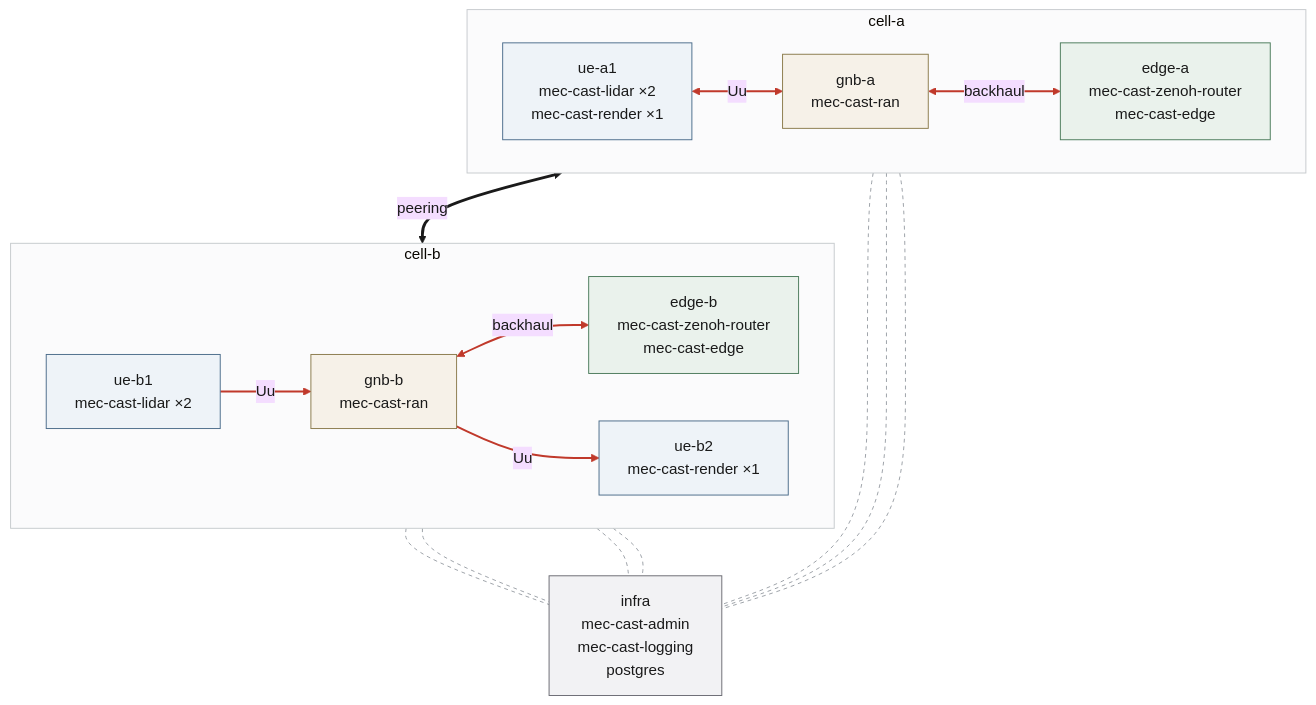
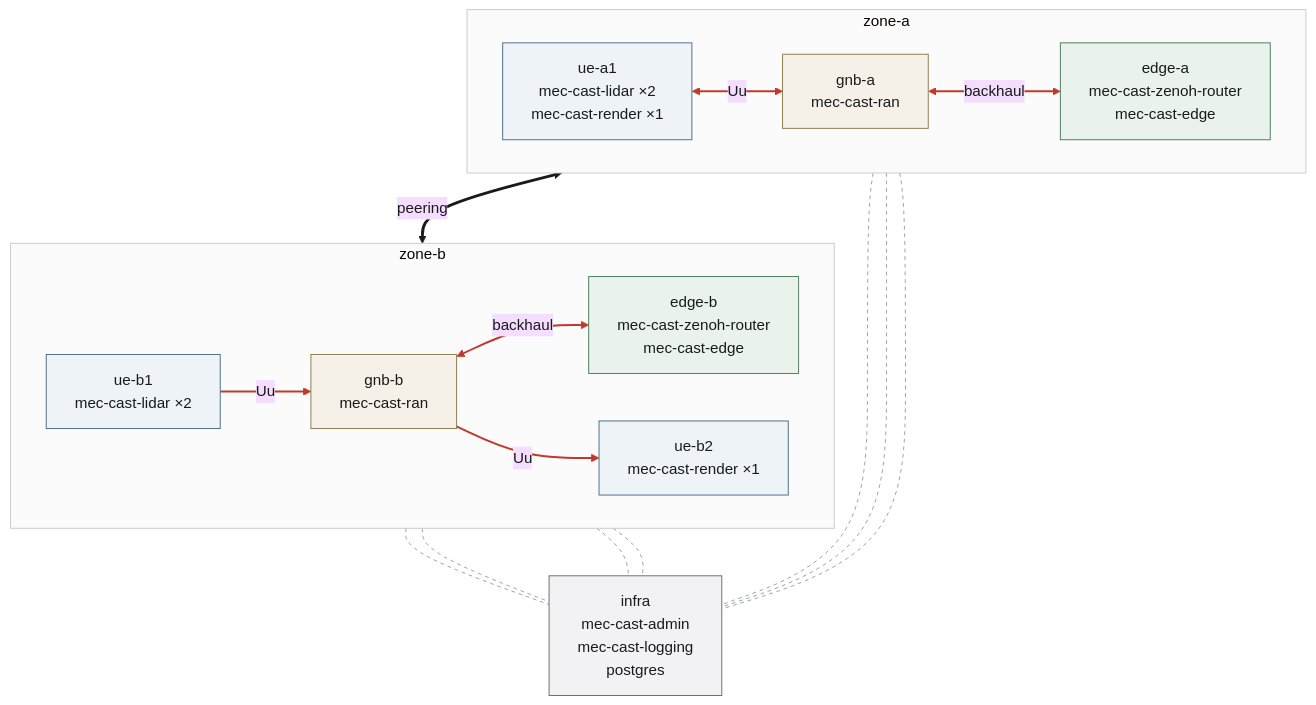
One commit to morosev/mec-cast changed the diagram in docs/diagrams/mec-cast-nodes.mmd. Above: the diagram before and after it, drawn with Mermaid. The commit also changed 52 other files, not shown here.

First line of the commit message:
A group of UEs, a gNB and an edge was called a cell, which it is not

```diff
--- a/docs/diagrams/mec-cast-nodes.mmd
+++ b/docs/diagrams/mec-cast-nodes.mmd
@@ -1,69 +1,69 @@
 %% mec-cast — node topology under the extended model.
 %% . A bare `%%` line is a parse error here; keep content on every one.
 %% . Three planes, and naming them is what keeps the design honest:
 %% .   data    (red)     point clouds and results: UE -> gNB -> Edge, plus
-%% .                     Edge -> Edge for anything crossing cells.
+%% .                     Edge -> Edge for anything crossing zones.
 %% .   peering (black)   Zenoh router<->router sessions. Transport plumbing
 %% .                     carrying routing declarations, NOT application
-%% .                     control. One link per edge pair: cross-cell data
+%% .                     control. One link per edge pair: cross-zone data
 %% .                     rides over that same peering session.
 %% .   control (dashed)  admin WebSocket :8099. Every node, one authority.
-%% . cell-a keeps lidar and render on one UE; cell-b splits them. That
+%% . zone-a keeps lidar and render on one UE; zone-b splits them. That
 %% . contrast is deliberate: ADR-0009's round-trip e2e_ns is PTP-free only
 %% . while both stamps come off one host's clock, so ue-b2 is exactly the
 %% . case WF_RENDER_CROSS_HOST exists to catch.
 %%{init: {"theme":"base","themeVariables":{
   "background":"#FFFFFF","primaryTextColor":"#1A1A1A","lineColor":"#5A6167",
   "clusterBkg":"#FBFBFC","clusterBorder":"#C6CACD",
   "fontFamily":"Arial"}} }%%
-%% . TB at the top level so the cells stack and the edge<->edge peering is a
-%% . short vertical link between them; LR inside each cell so the data path
+%% . TB at the top level so the zones stack and the edge<->edge peering is a
+%% . short vertical link between them; LR inside each zone so the data path
 %% . reads left to right. Under a top-level LR the peering link becomes a
-%% . diagonal across the whole picture and the cells stagger.
+%% . diagonal across the whole picture and the zones stagger.
 flowchart TB
   classDef ue    fill:#EEF3F8,stroke:#4A6B8A,stroke-width:1px,color:#1A1A1A
   classDef gnb   fill:#F6F1E8,stroke:#8A7A4A,stroke-width:1px,color:#1A1A1A
   classDef edge  fill:#EAF2EC,stroke:#4A7A5A,stroke-width:1px,color:#1A1A1A
   classDef infra fill:#F2F2F4,stroke:#6A6A72,stroke-width:1px,color:#1A1A1A
 
-  subgraph CELL_A["cell-a"]
+  subgraph ZONE_A["zone-a"]
     direction LR
     UEA["ue-a1<br/>mec-cast-lidar ×2<br/>mec-cast-render ×1"]
     GA["gnb-a<br/>mec-cast-ran"]
     EA["edge-a<br/>mec-cast-zenoh-router<br/>mec-cast-edge"]
   end
 
-  subgraph CELL_B["cell-b"]
+  subgraph ZONE_B["zone-b"]
     direction LR
     UEB1["ue-b1<br/>mec-cast-lidar ×2"]
     GB["gnb-b<br/>mec-cast-ran"]
     EB["edge-b<br/>mec-cast-zenoh-router<br/>mec-cast-edge"]
     UEB2["ue-b2<br/>mec-cast-render ×1"]
   end
 
   INF["infra<br/>mec-cast-admin<br/>mec-cast-logging<br/>postgres"]
 
   UEA  <-->|Uu| GA
   GA   <-->|backhaul| EA
   UEB1 -->|Uu| GB
   GB   <-->|backhaul| EB
   GB   -->|Uu| UEB2
 
   EA <==>|peering| EB
 
   UEA  -.- INF
   GA   -.- INF
   EA   -.- INF
   UEB1 -.- INF
   GB   -.- INF
   EB   -.- INF
   UEB2 -.- INF
 
   class UEA,UEB1,UEB2 ue
   class GA,GB gnb
   class EA,EB edge
   class INF infra
 
   linkStyle 0,1,2,3,4 stroke:#C0392B,stroke-width:2px;
   linkStyle 5 stroke:#1A1A1A,stroke-width:3px;
   linkStyle 6,7,8,9,10,11,12 stroke:#9AA0A6,stroke-width:1px,stroke-dasharray:4 4;
```
